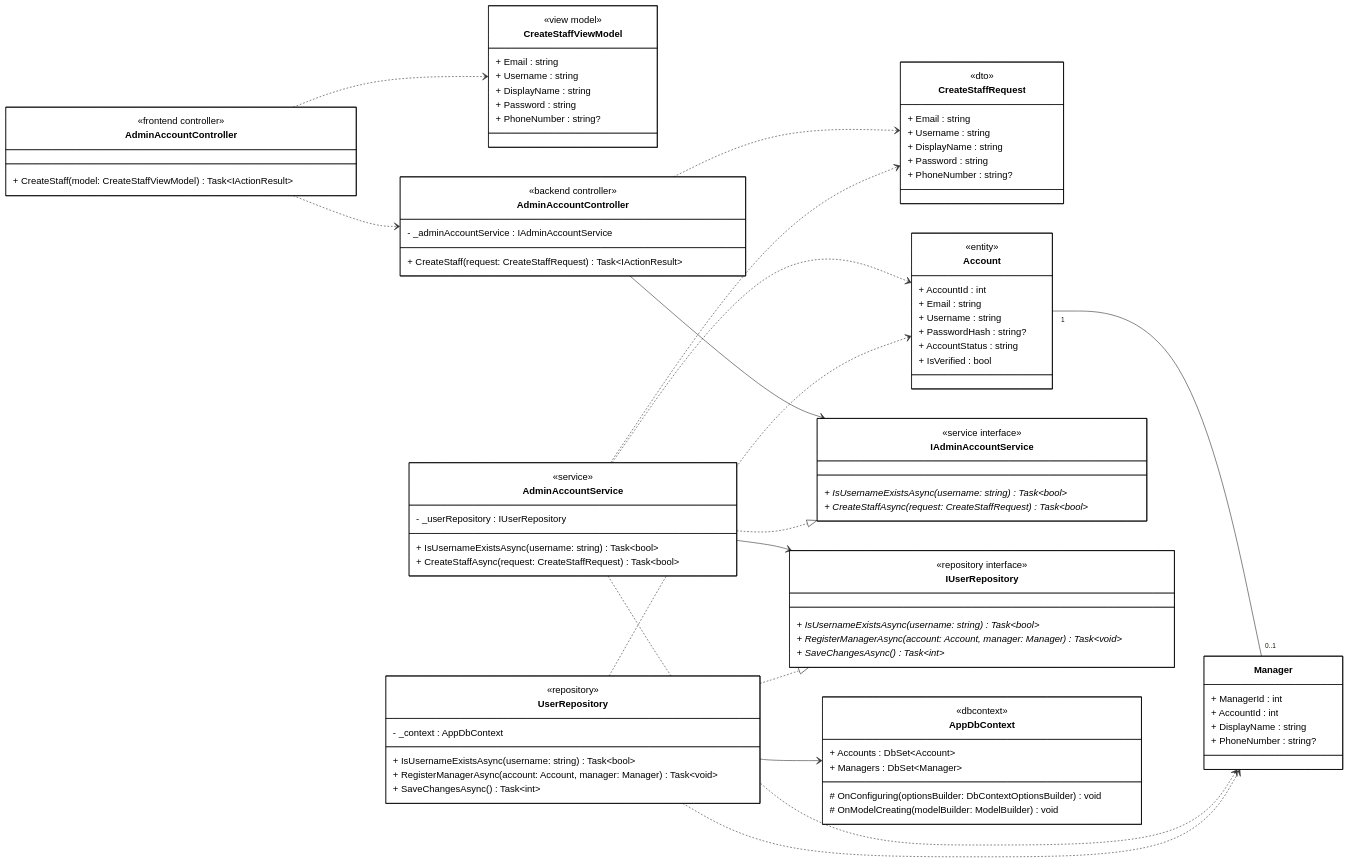
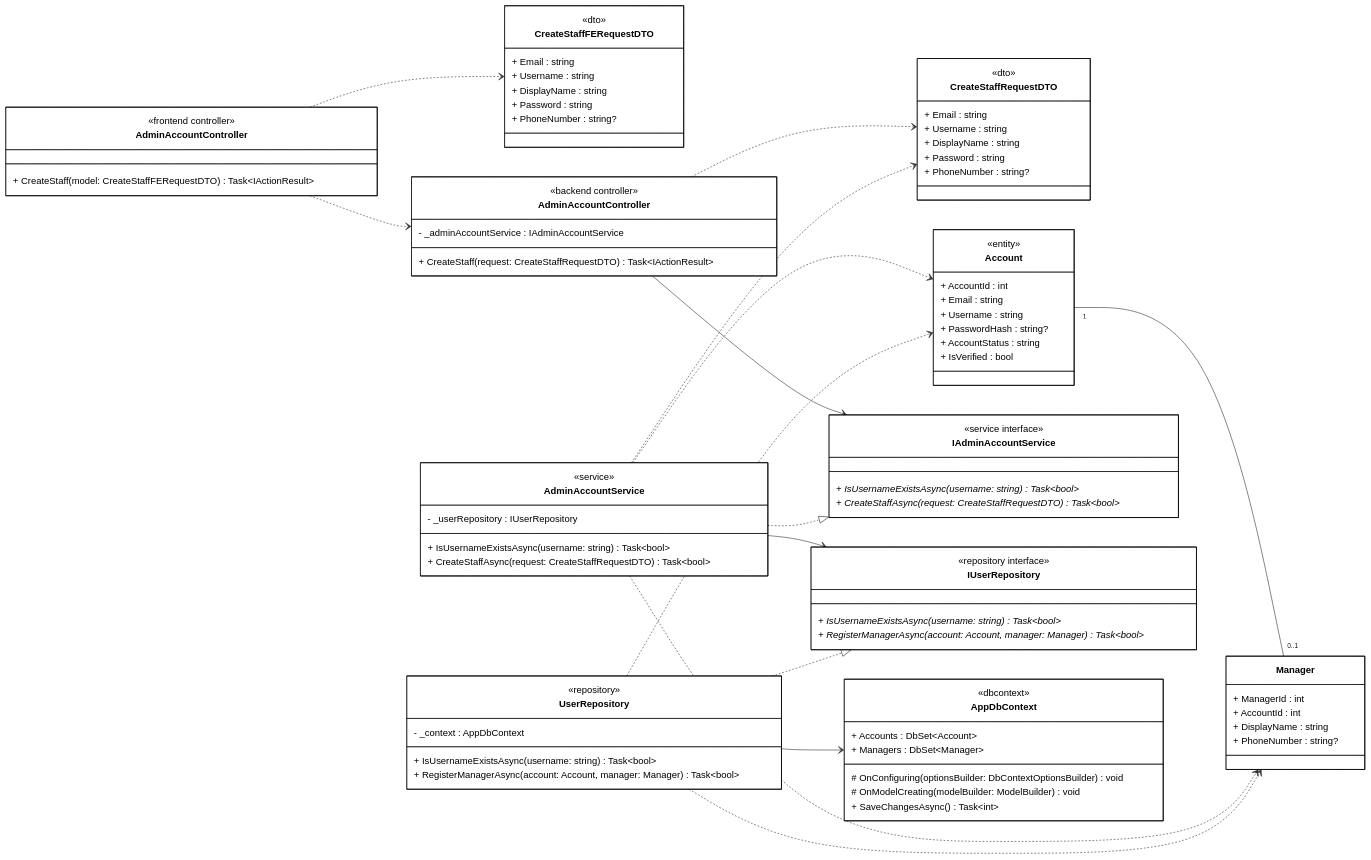
Before and after one commit to 1000do/Linked: the diagram in diagrams/class_mermaid/manage_account/cls_mm_add_account.mmd, drawn with Mermaid. The commit also changed 28 other files, not shown here.

Commit message:
fix class synced sequence

```diff
--- a/diagrams/class_mermaid/manage_account/cls_mm_add_account.mmd
+++ b/diagrams/class_mermaid/manage_account/cls_mm_add_account.mmd
@@ -1,132 +1,131 @@
 classDiagram
 direction LR
 
 %% ==================== FRONTEND ====================
 
 class AdminAccountControllerFE["AdminAccountController"] {
     <<frontend controller>>
-    + CreateStaff(model: CreateStaffViewModel) Task~IActionResult~
+    + CreateStaff(model: CreateStaffFERequestDTO) Task~IActionResult~
 }
 
-class CreateStaffViewModel {
-    <<view model>>
+class CreateStaffFERequestDTO {
+    <<dto>>
     + Email : string
     + Username : string
     + DisplayName : string
     + Password : string
     + PhoneNumber : string?
 }
 
 %% ==================== BACKEND - CONTROLLER ====================
 
 class AdminAccountControllerBE["AdminAccountController"] {
     <<backend controller>>
     - _adminAccountService : IAdminAccountService
     
-    + CreateStaff(request: CreateStaffRequest) Task~IActionResult~
+    + CreateStaff(request: CreateStaffRequestDTO) Task~IActionResult~
 }
 
 %% ==================== BACKEND - DTOs ====================
 
-class CreateStaffRequest {
+class CreateStaffRequestDTO {
     <<dto>>
     + Email : string
     + Username : string
     + DisplayName : string
     + Password : string
     + PhoneNumber : string?
 }
 
 %% ==================== BACKEND - DOMAIN ENTITIES ====================
 
 class Account {
     <<entity>>
     + AccountId : int
     + Email : string
     + Username : string
     + PasswordHash : string?
     + AccountStatus : string
     + IsVerified : bool
 }
 
 class Manager {
     + ManagerId : int
     + AccountId : int
     + DisplayName : string
     + PhoneNumber : string?
 }
 
 %% ==================== BACKEND - SERVICE INTERFACES ====================
 
 class IAdminAccountService {
     <<service interface>>
     + IsUsernameExistsAsync(username: string) Task~bool~ *
-    + CreateStaffAsync(request: CreateStaffRequest) Task~bool~ *
+    + CreateStaffAsync(request: CreateStaffRequestDTO) Task~bool~ *
 }
 
 class IUserRepository {
     <<repository interface>>
     + IsUsernameExistsAsync(username: string) Task~bool~ *
-    + RegisterManagerAsync(account: Account, manager: Manager) Task~void~ *
-    + SaveChangesAsync() Task~int~ *
+    + RegisterManagerAsync(account: Account, manager: Manager) Task~bool~ *
 }
 
 %% ==================== BACKEND - SERVICE IMPLEMENTATION ====================
 
 class AdminAccountService {
     <<service>>
     - _userRepository : IUserRepository
     
     + IsUsernameExistsAsync(username: string) Task~bool~
-    + CreateStaffAsync(request: CreateStaffRequest) Task~bool~
+    + CreateStaffAsync(request: CreateStaffRequestDTO) Task~bool~
 }
 
 %% ==================== BACKEND - REPOSITORY IMPLEMENTATION ====================
 
 class UserRepository {
     <<repository>>
     - _context : AppDbContext
     
     + IsUsernameExistsAsync(username: string) Task~bool~
-    + RegisterManagerAsync(account: Account, manager: Manager) Task~void~
-    + SaveChangesAsync() Task~int~
+    + RegisterManagerAsync(account: Account, manager: Manager) Task~bool~
 }
 
 %% ==================== BACKEND - DbContext ====================
 
 class AppDbContext {
     <<dbcontext>>
     + Accounts : DbSet~Account~
     + Managers : DbSet~Manager~
     
     # OnConfiguring(optionsBuilder: DbContextOptionsBuilder) void
     # OnModelCreating(modelBuilder: ModelBuilder) void
+    + SaveChangesAsync() Task~int~
 }
 
 %% ==================== RELATIONSHIPS ====================
 
 %% === BIDIRECTIONAL ASSOCIATION (solid line) ===
 Account "1" -- "0..1" Manager
 
 %% === UNIDIRECTIONAL ASSOCIATION (solid arrow) ===
 AdminAccountControllerBE --> IAdminAccountService
 AdminAccountService --> IUserRepository
 UserRepository --> AppDbContext
 
 %% === INTERFACE REALIZATION ===
 AdminAccountService ..|> IAdminAccountService
 UserRepository ..|> IUserRepository
 
 %% === DEPENDENCY (dashed arrows) ===
 AdminAccountControllerFE ..> AdminAccountControllerBE
-AdminAccountControllerFE ..> CreateStaffViewModel
-AdminAccountControllerBE ..> CreateStaffRequest
-AdminAccountService ..> CreateStaffRequest
+AdminAccountControllerFE ..> CreateStaffFERequestDTO
+AdminAccountControllerBE ..> CreateStaffRequestDTO
+AdminAccountService ..> CreateStaffRequestDTO
 AdminAccountService ..> Account
 AdminAccountService ..> Manager
 UserRepository ..> Account
 UserRepository ..> Manager
 
 %% ==================== STYLES ====================
 
 classDef default fill:#FFFFFF,stroke:#000000,stroke-width:1px,color:#000000
```
